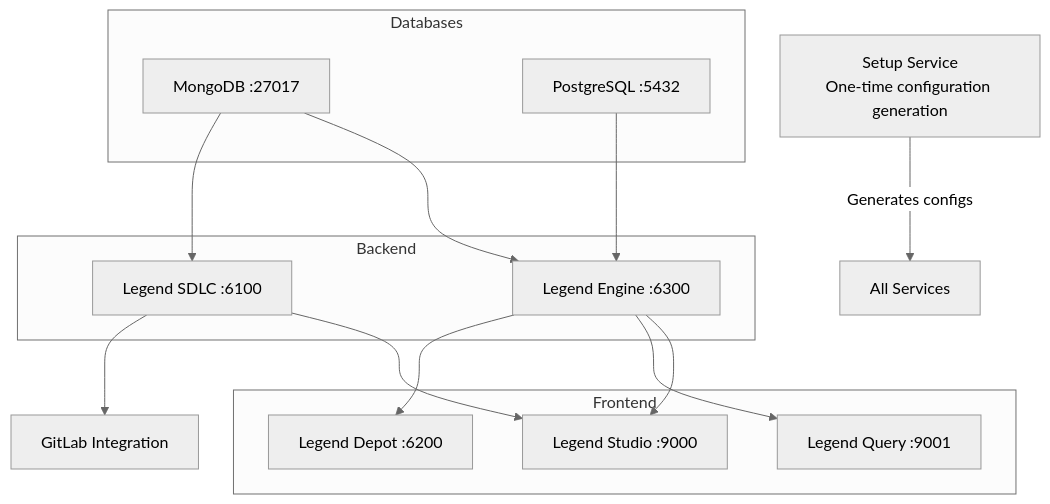
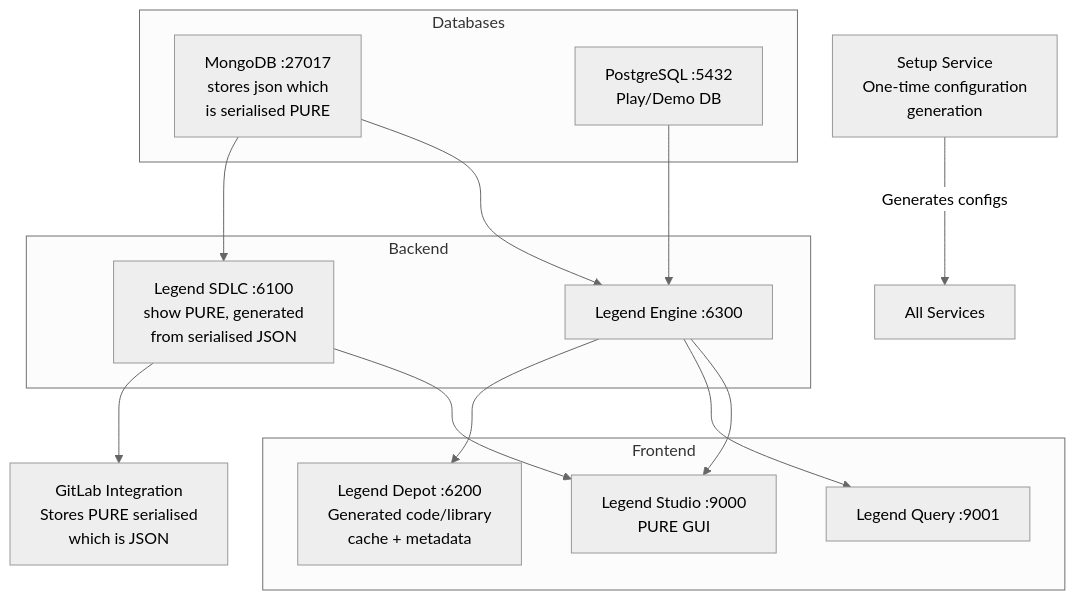
Before and after one commit to atheryon-ai/legend-guardian-workspace: the second of 3 diagrams in docs/architecture.md, drawn with Mermaid (neutral theme). The commit also changed other lines of this file and 17 other files, not shown here.

````diff
--- a/docs/architecture.md
+++ b/docs/architecture.md
@@ -101,34 +101,34 @@
 ```mermaid
 graph TD
-    Setup["Setup Service<br/>One-time configuration generation"]
+    Setup["Setup Service<br/>One-time configuration<br> generation"]
     Setup -->|Generates configs| AllServices[All Services]
-    
+  
     subgraph Databases
-        MongoDB["MongoDB :27017"]
-        PostgreSQL["PostgreSQL :5432"]
+        MongoDB["MongoDB :27017 <br> stores json which <br>is serialised PURE"]
+        PostgreSQL["PostgreSQL :5432 <br> Play/Demo DB"]
     end
-    
+  
     subgraph Backend
         Engine["Legend Engine :6300"]
-        SDLC["Legend SDLC :6100"]
+        SDLC["Legend SDLC :6100 <br> show PURE, generated <br>from serialised JSON"]
     end
-    
+  
     subgraph Frontend
-        Studio["Legend Studio :9000"]
+        Studio["Legend Studio :9000 <br> PURE GUI"]
         Query["Legend Query :9001"]
-        Depot["Legend Depot :6200"]
+        Depot["Legend Depot :6200 <br> Generated code/library <br>cache + metadata"]
     end
-    
-    GitLab["GitLab Integration"]
-    
+  
+    GitLab["GitLab Integration <br> Stores PURE serialised <br>which is JSON"]
+  
     MongoDB --> Engine
     MongoDB --> SDLC
     PostgreSQL --> Engine
-    
+  
     Engine --> Studio
     Engine --> Query
     Engine --> Depot
-    
+  
     SDLC --> Studio
     SDLC --> GitLab
 ```
````
